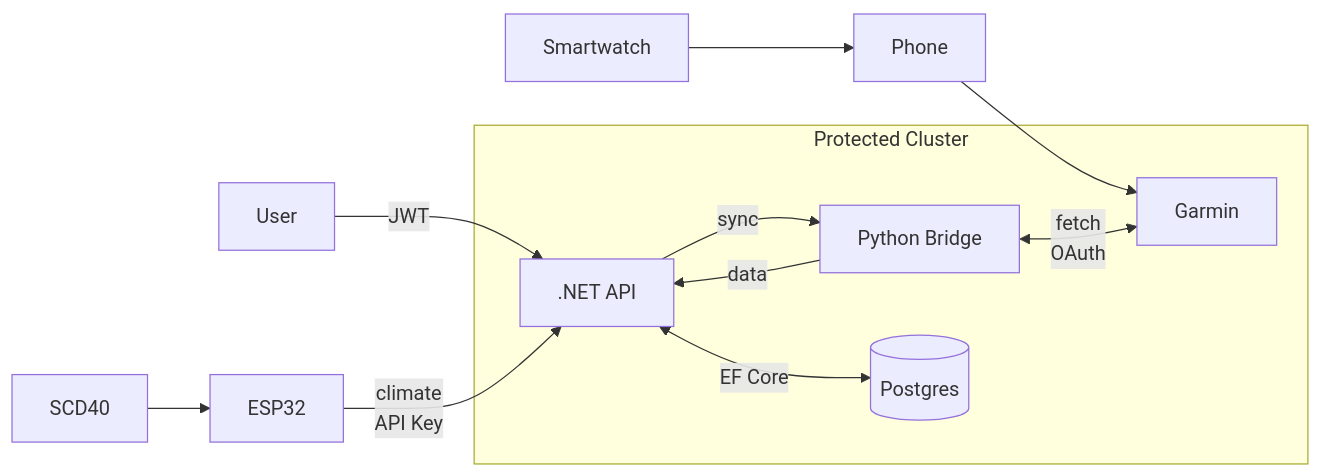
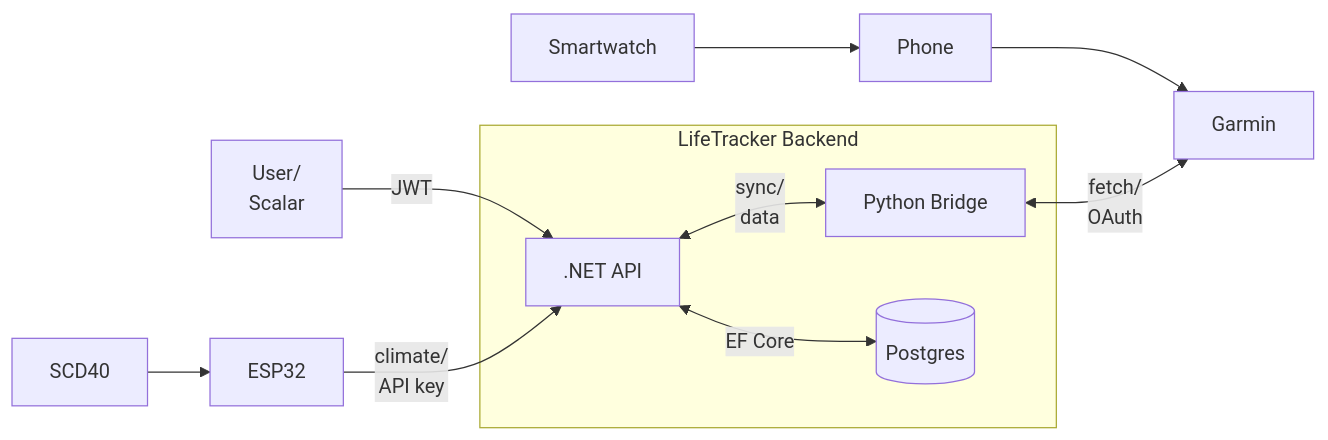
The diagram in README.md (0xNullVOID0/LifeTracker), drawn with Mermaid before and after one commit.

Commit message:
Update mermaid system diagram

````diff
--- a/README.md
+++ b/README.md
@@ -21,13 +21,16 @@
 ```mermaid
 flowchart LR
-  Watch["Smartwatch"] --> Phone["Phone"] --> GC
-  subgraph System["Protected Cluster"]
-      API[".NET API"] -->|"sync"| Bridge["Python Bridge"]
-      Bridge <-->|"fetch<br/>OAuth"| GC["Garmin"]
-      Bridge -->|"data"| API
-      API <-->|"EF Core"| DB[("Postgres")]
+  Watch[Smartwatch] --> Phone[Phone] --> GC[Garmin]
+
+  subgraph Stack["LifeTracker Backend"]
+    API[".NET API"]
+    Bridge["Python Bridge"]
+    DB[("Postgres")]
+    API <-->|"sync/</br>data"| Bridge
+    API <-->|"EF Core"| DB
   end
 
-  User["User"] -->|"JWT"| API
-  SCD["SCD40"] --> ESP["ESP32"] -->|"climate</br>API Key"| API
-  ```
+  Bridge <-->|"fetch/</br>OAuth"| GC
+  User["User/</br>Scalar"] -->|"JWT"| API
+  SCD[SCD40] --> ESP[ESP32] -->|"climate/</br>API key"| API
+```
````
